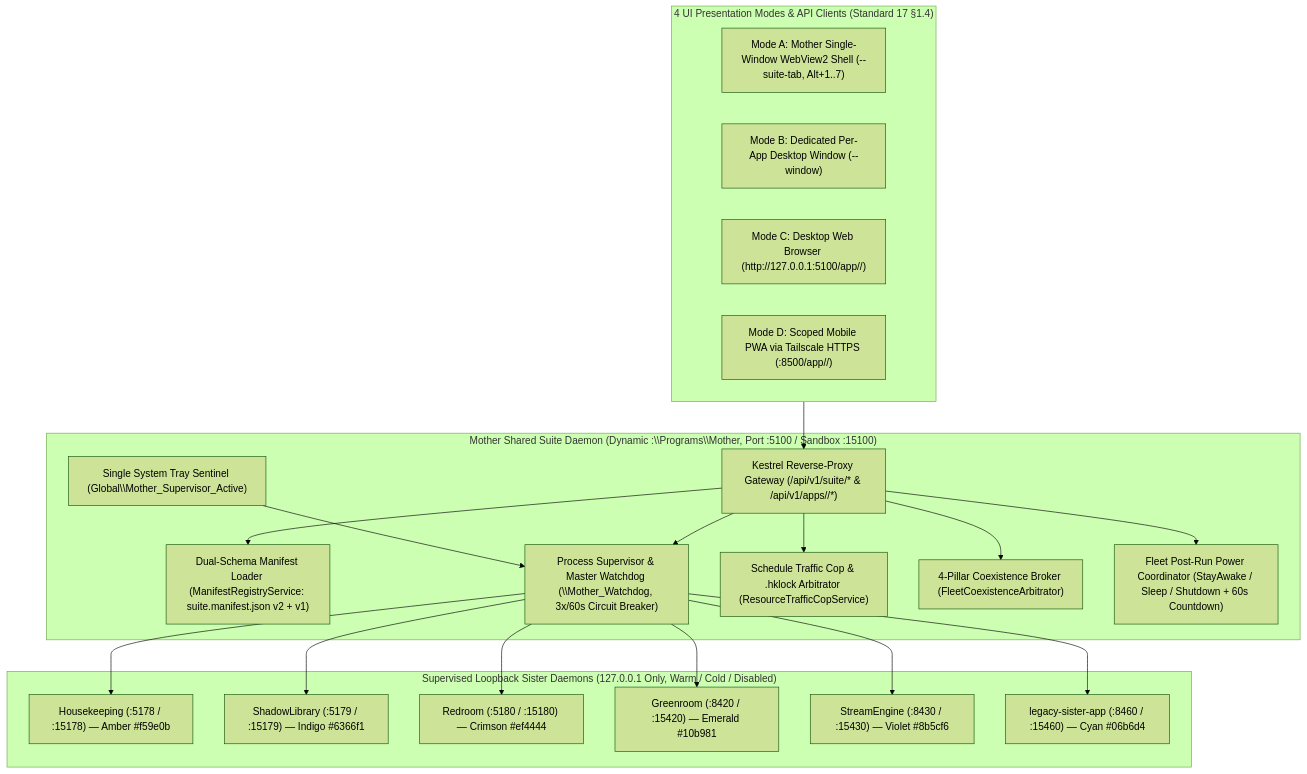
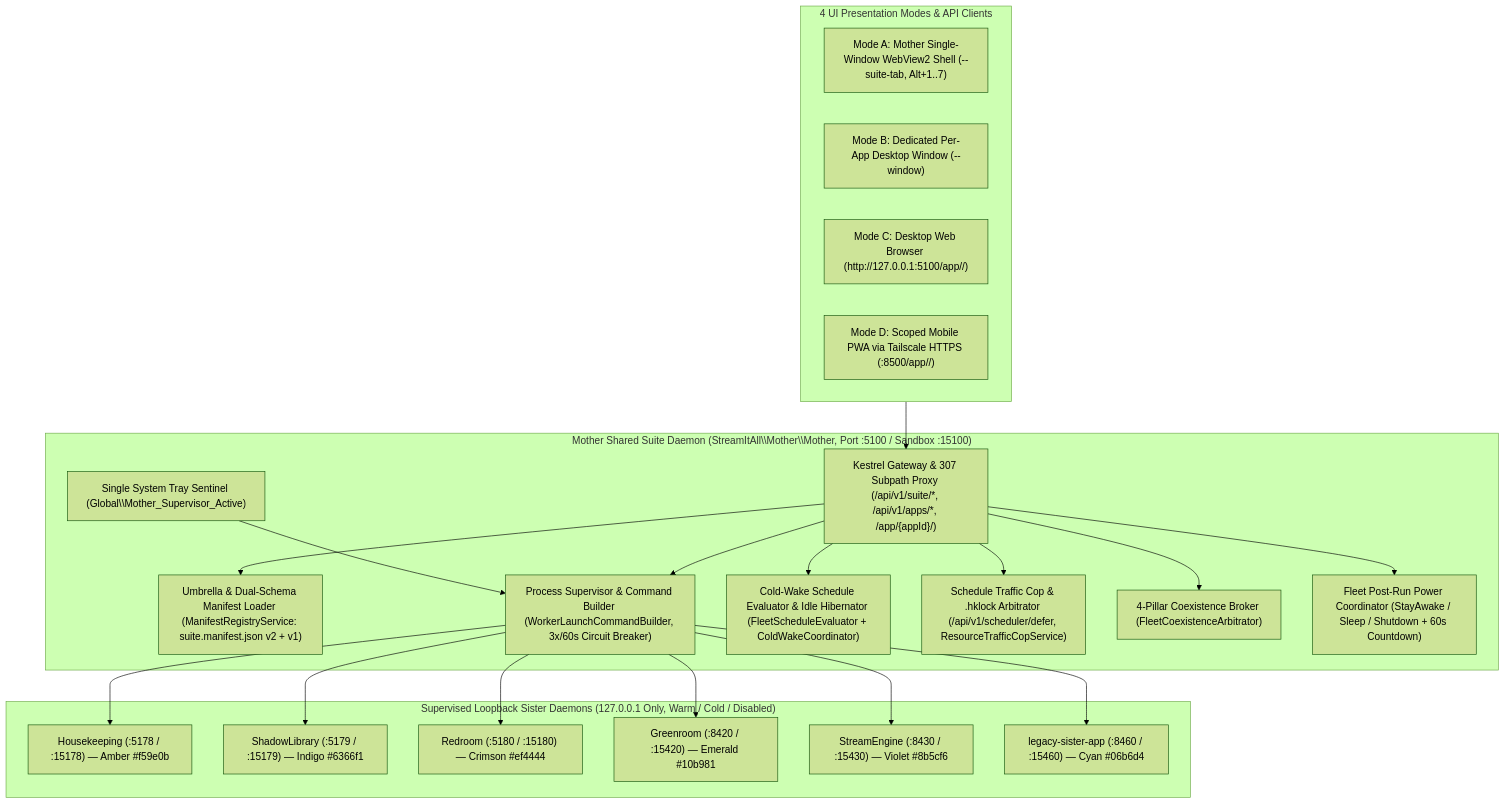
The first of 2 diagrams in Dev/docs/ARCHITECTURE.md (StreamItAllGit/Mother), drawn with Mermaid (forest theme) before and after one commit. The commit also changed other lines of this file and 48 other files, not shown here.

Commit message:
Release v0.2.0: StreamItAll\Mother umbrella nesting, Foundation v0.4.0, Cold-Wake scheduler & subpath proxy

````diff
--- a/Dev/docs/ARCHITECTURE.md
+++ b/Dev/docs/ARCHITECTURE.md
@@ -15,42 +15,44 @@
 ```mermaid
 flowchart TB
-    subgraph Clients ["4 UI Presentation Modes & API Clients (Standard 17 §1.4)"]
+    subgraph Clients ["4 UI Presentation Modes & API Clients"]
         SuiteUI["Mode A: Mother Single-Window WebView2 Shell (--suite-tab, Alt+1..7)"]
         PopWin["Mode B: Dedicated Per-App Desktop Window (--window)"]
         BrowserUI["Mode C: Desktop Web Browser (http://127.0.0.1:5100/app/<app-id>/)"]
         MobilePWA["Mode D: Scoped Mobile PWA via Tailscale HTTPS (:8500/app/<app-id>/)"]
     end
 
-    subgraph MotherHost ["Mother Shared Suite Daemon (Dynamic <Drive>:\\Programs\\Mother, Port :5100 / Sandbox :15100)"]
-        Gateway["Kestrel Reverse-Proxy Gateway (/api/v1/suite/* & /api/v1/apps/<app-id>/*)"]
+    subgraph MotherHost ["Mother Shared Suite Daemon (StreamItAll\\Mother\\Mother, Port :5100 / Sandbox :15100)"]
+        Gateway["Kestrel Gateway & 307 Subpath Proxy (/api/v1/suite/*, /api/v1/apps/*, /app/{appId}/)"]
         Tray["Single System Tray Sentinel (Global\\Mother_Supervisor_Active)"]
-        Discovery["Dual-Schema Manifest Loader (ManifestRegistryService: suite.manifest.json v2 + v1)"]
-        Watchdog["Process Supervisor & Master Watchdog (\\Mother_Watchdog, 3x/60s Circuit Breaker)"]
-        TrafficCop["Schedule Traffic Cop & .hklock Arbitrator (ResourceTrafficCopService)"]
+        Discovery["Umbrella & Dual-Schema Manifest Loader (ManifestRegistryService: suite.manifest.json v2 + v1)"]
+        Watchdog["Process Supervisor & Command Builder (WorkerLaunchCommandBuilder, 3x/60s Circuit Breaker)"]
+        Scheduler["Cold-Wake Schedule Evaluator & Idle Hibernator (FleetScheduleEvaluator + ColdWakeCoordinator)"]
+        TrafficCop["Schedule Traffic Cop & .hklock Arbitrator (/api/v1/scheduler/defer, ResourceTrafficCopService)"]
         CoexBroker["4-Pillar Coexistence Broker (FleetCoexistenceArbitrator)"]
         PowerCoord["Fleet Post-Run Power Coordinator (StayAwake / Sleep / Shutdown + 60s Countdown)"]
     end
 
     subgraph ChildFleet ["Supervised Loopback Sister Daemons (127.0.0.1 Only, Warm / Cold / Disabled)"]
         HK["Housekeeping (:5178 / :15178) — Amber #f59e0b"]
         SL["ShadowLibrary (:5179 / :15179) — Indigo #6366f1"]
         RR["Redroom (:5180 / :15180) — Crimson #ef4444"]
         GR["Greenroom (:8420 / :15420) — Emerald #10b981"]
         SE["StreamEngine (:8430 / :15430) — Violet #8b5cf6"]
         US["legacy-sister-app (:8460 / :15460) — Cyan #06b6d4"]
     end
 
     Clients --> Gateway
     Gateway --> Discovery
     Gateway --> Watchdog
+    Gateway --> Scheduler
     Gateway --> TrafficCop
     Gateway --> CoexBroker
     Gateway --> PowerCoord
     Tray --> Watchdog
     Watchdog --> HK
     Watchdog --> SL
     Watchdog --> RR
     Watchdog --> GR
     Watchdog --> SE
     Watchdog --> US
 ```
````
